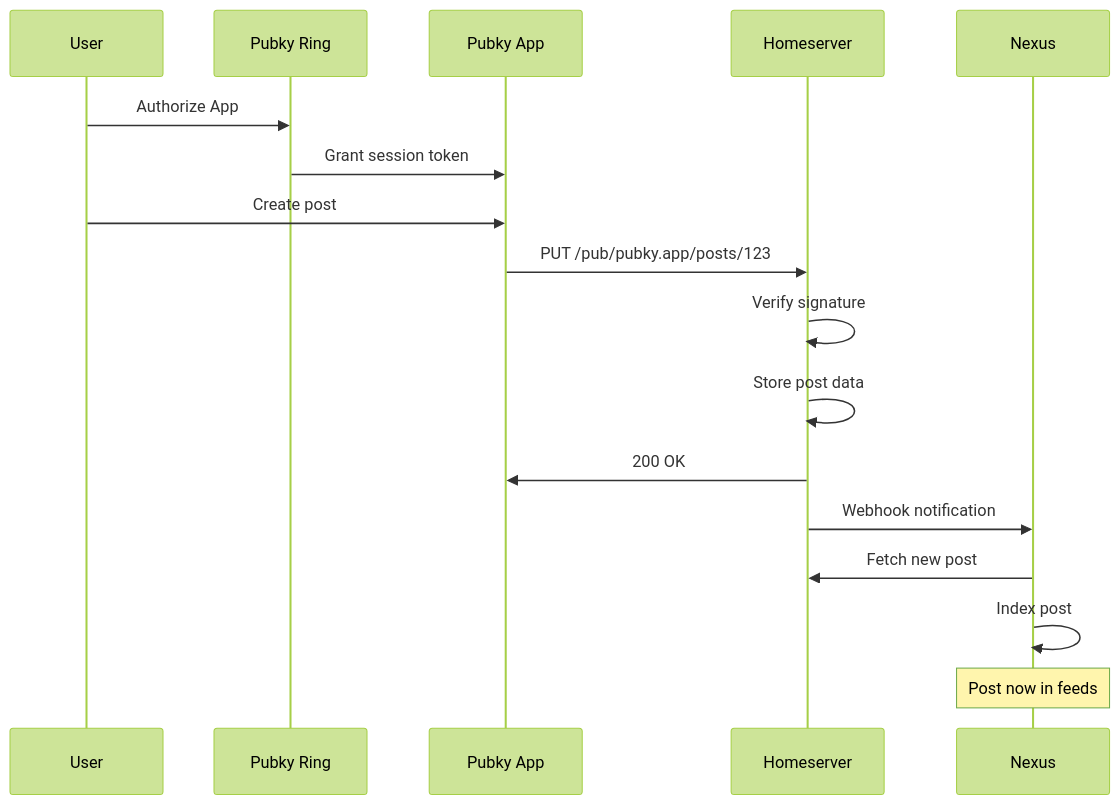
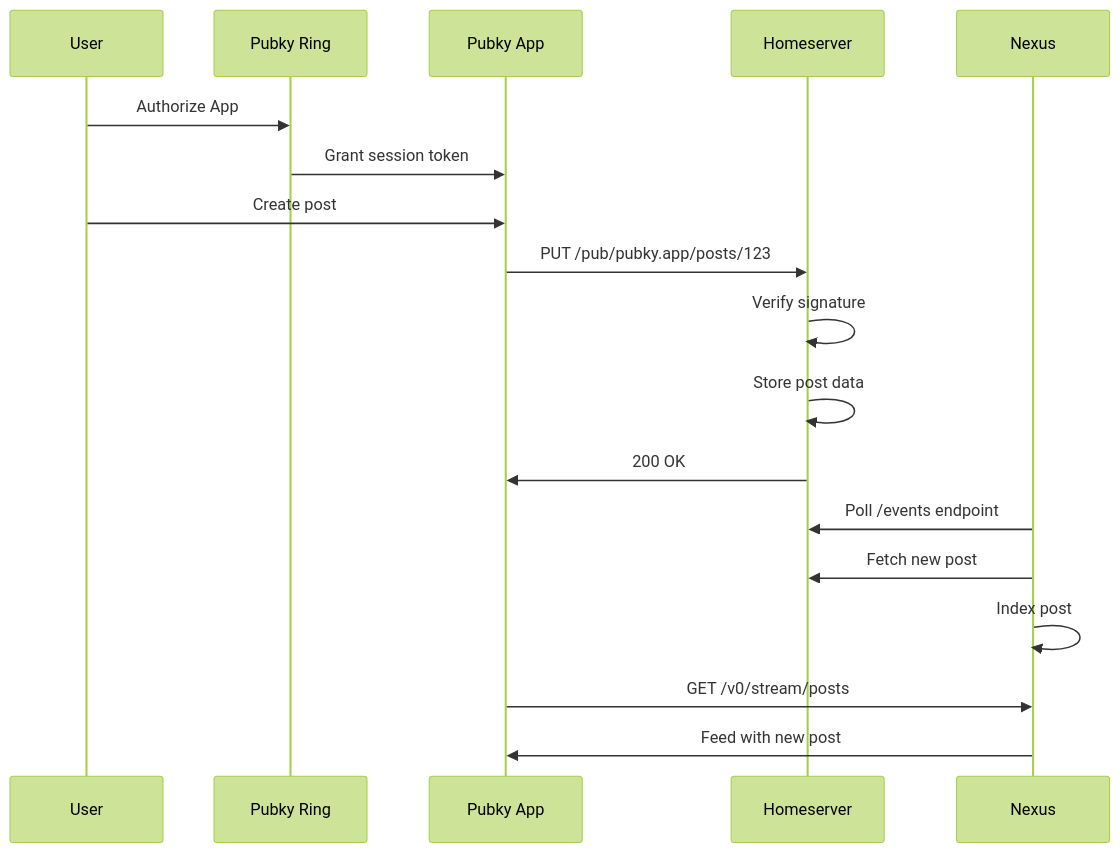
The seventh of 7 diagrams in Architecture.md (pubky/pubky-knowledge-base), drawn with Mermaid (forest theme) before and after one commit. The commit also changed other lines of this file and 1 other file, not shown here.

Commit message:
docs: fix Architecture.md and Comparisons.md accuracy

````diff
--- a/Architecture.md
+++ b/Architecture.md
@@ -186,20 +186,21 @@
 ```mermaid
 sequenceDiagram
     participant User
     participant Ring as Pubky Ring
     participant App as Pubky App
     participant HS as Homeserver
     participant Nexus
     
     User->>Ring: Authorize App
     Ring->>App: Grant session token
     User->>App: Create post
     App->>HS: PUT /pub/pubky.app/posts/123
     HS->>HS: Verify signature
     HS->>HS: Store post data
     HS->>App: 200 OK
-    HS->>Nexus: Webhook notification
+    Nexus->>HS: Poll /events endpoint
     Nexus->>HS: Fetch new post
     Nexus->>Nexus: Index post
-    Note over Nexus: Post now in feeds
+    App->>Nexus: GET /v0/stream/posts
+    Nexus->>App: Feed with new post
 ```
````
